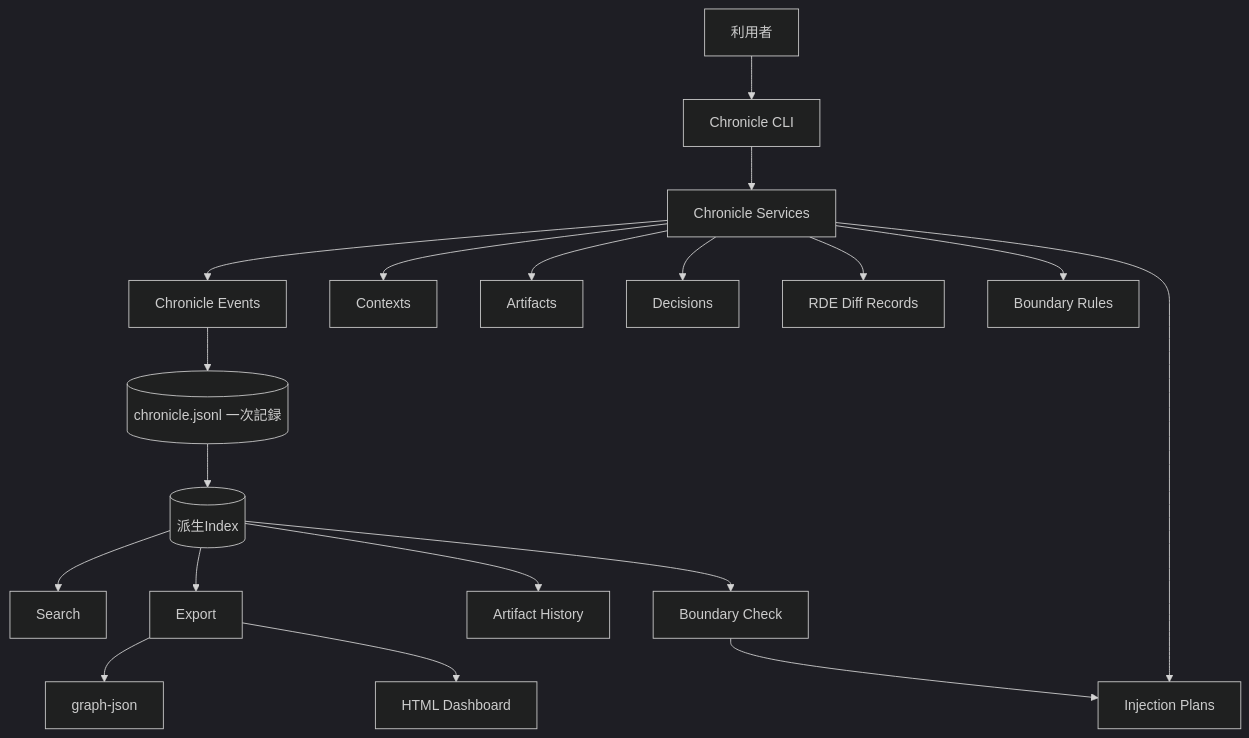
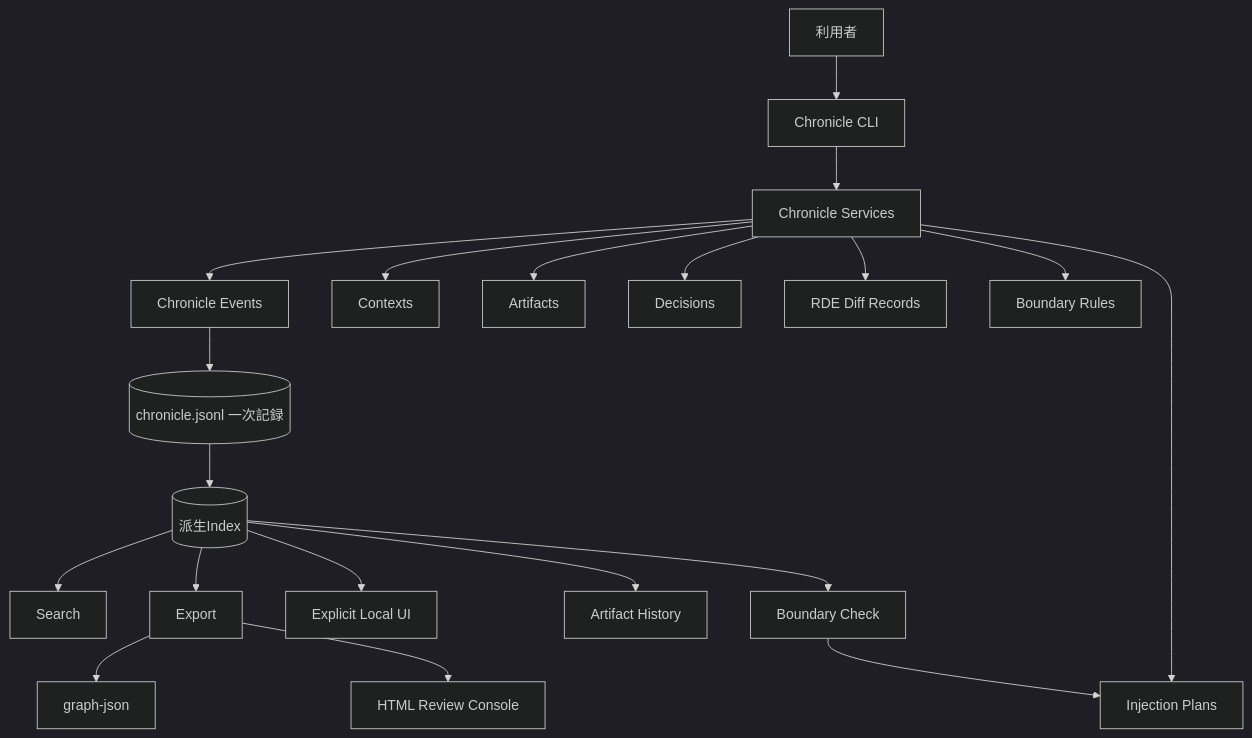
One commit to zyx-corporation/chronicle-stack changed the diagram in README.md. Above: the diagram before and after it, drawn with Mermaid (dark theme). The commit also changed other lines of this file and 3 other files, not shown here.

````diff
--- a/README.md
+++ b/README.md
@@ -49,21 +50,22 @@
 ```mermaid
 flowchart TD
     U[利用者] --> CLI[Chronicle CLI]
     CLI --> S[Chronicle Services]
     S --> E[Chronicle Events]
     S --> C[Contexts]
     S --> A[Artifacts]
     S --> D[Decisions]
     S --> R[RDE Diff Records]
     S --> B[Boundary Rules]
     S --> P[Injection Plans]
     E --> J[(chronicle.jsonl 一次記録)]
     J --> I[(派生Index)]
     I --> Search[Search]
     I --> Export[Export]
+    I --> UI[Explicit Local UI]
     I --> History[Artifact History]
     I --> Check[Boundary Check]
     Check --> P
     Export --> G[graph-json]
-    Export --> H[HTML Dashboard]
+    Export --> H[HTML Review Console]
 ```
````
